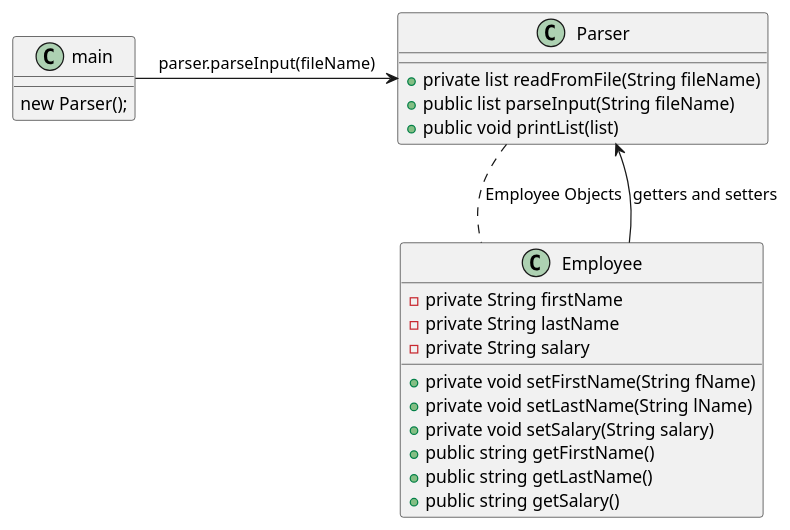
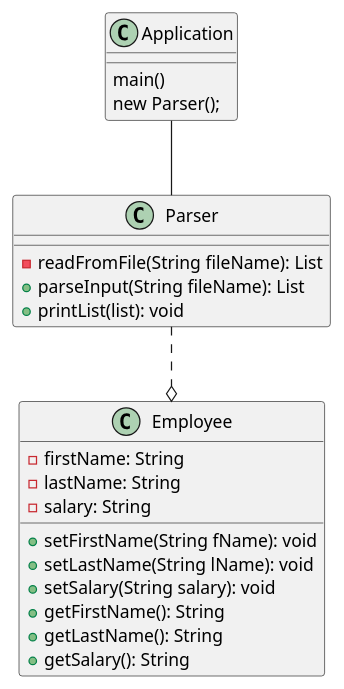
Before and after one commit to JMoore910/moore-a04: the diagram in exercise42/docs/exercise42Diagram.puml, drawn with PlantUML. The commit also changed 27 other files, not shown here.

```diff
--- a/exercise42/docs/exercise42Diagram.puml
+++ b/exercise42/docs/exercise42Diagram.puml
@@ -1,31 +1,31 @@
 @startuml
 
 class Employee {
-    - private String firstName
-    - private String lastName
-    - private String salary
-    + private void setFirstName(String fName)
-    + private void setLastName(String lName)
-    + private void setSalary(String salary)
-    + public string getFirstName()
-    + public string getLastName()
-    + public string getSalary()
+    - firstName: String
+    - lastName: String
+    - salary: String
+    + setFirstName(String fName): void
+    + setLastName(String lName): void
+    + setSalary(String salary): void
+    + getFirstName(): String
+    + getLastName(): String
+    + getSalary(): String
 }
 
 
 class Parser {
-    +private list readFromFile(String fileName)
-    +public list parseInput(String fileName)
-    +public void printList(list)
+    -readFromFile(String fileName): List
+    +parseInput(String fileName): List
+    +printList(list): void
 }
 
 
-class main {
+class Application {
+    main()
     new Parser();
 }
 
-main -> Parser : parser.parseInput(fileName)
+Application -- Parser
 
-Parser .. Employee : Employee Objects
-Employee --> Parser : getters and setters
+Parser ..o Employee
 @enduml
```
